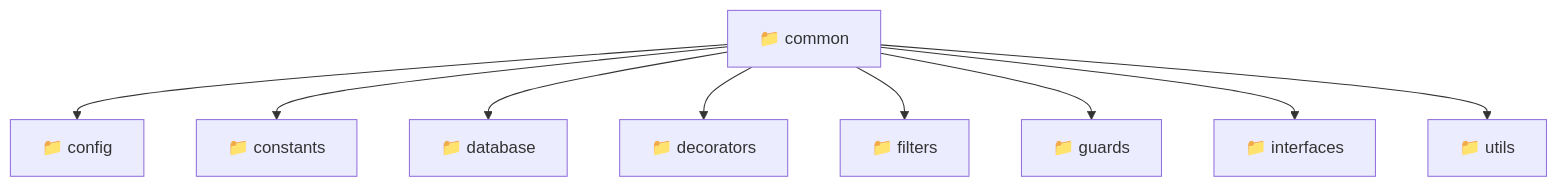
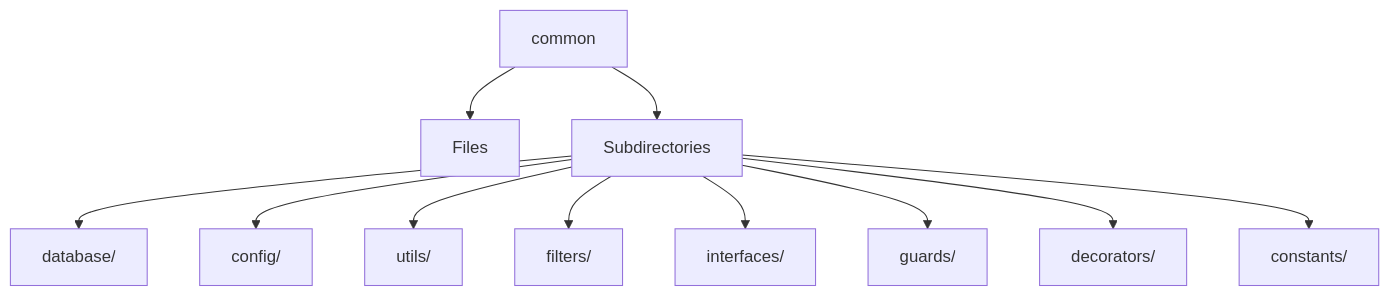
Before and after one commit to beginwebdev2002/fullstack-mavluda: the diagram in backend/src/common/README.md, drawn with Mermaid. The commit also changed other lines of this file and 167 other files, not shown here.

````diff
--- a/backend/src/common/README.md
+++ b/backend/src/common/README.md
@@ -9,12 +12,13 @@
 ```mermaid
 graph TD
-  common["📁 common"]
-  common --> config["📁 config"]
-  common --> constants["📁 constants"]
-  common --> database["📁 database"]
-  common --> decorators["📁 decorators"]
-  common --> filters["📁 filters"]
-  common --> guards["📁 guards"]
-  common --> interfaces["📁 interfaces"]
-  common --> utils["📁 utils"]
+  common --> Files
+  common --> Subdirectories
+  Subdirectories --> database[database/]
+  Subdirectories --> config[config/]
+  Subdirectories --> utils[utils/]
+  Subdirectories --> filters[filters/]
+  Subdirectories --> interfaces[interfaces/]
+  Subdirectories --> guards[guards/]
+  Subdirectories --> decorators[decorators/]
+  Subdirectories --> constants[constants/]
 ```
````
